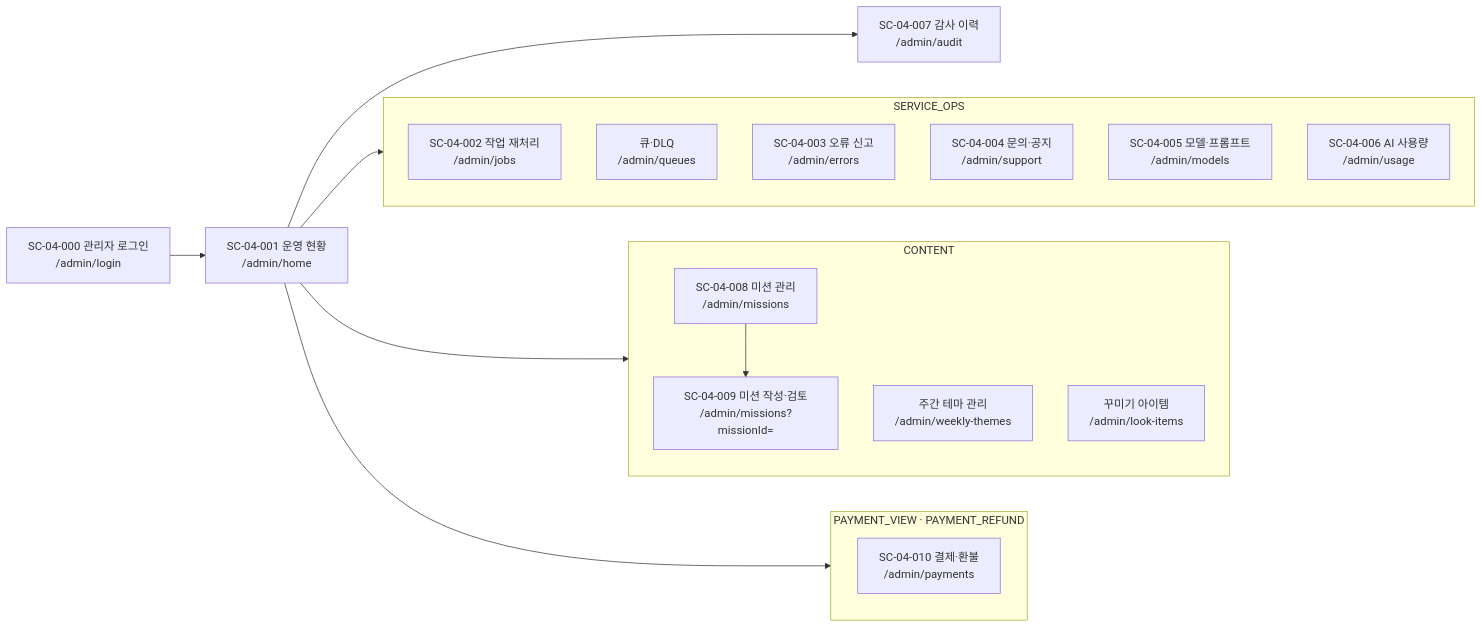
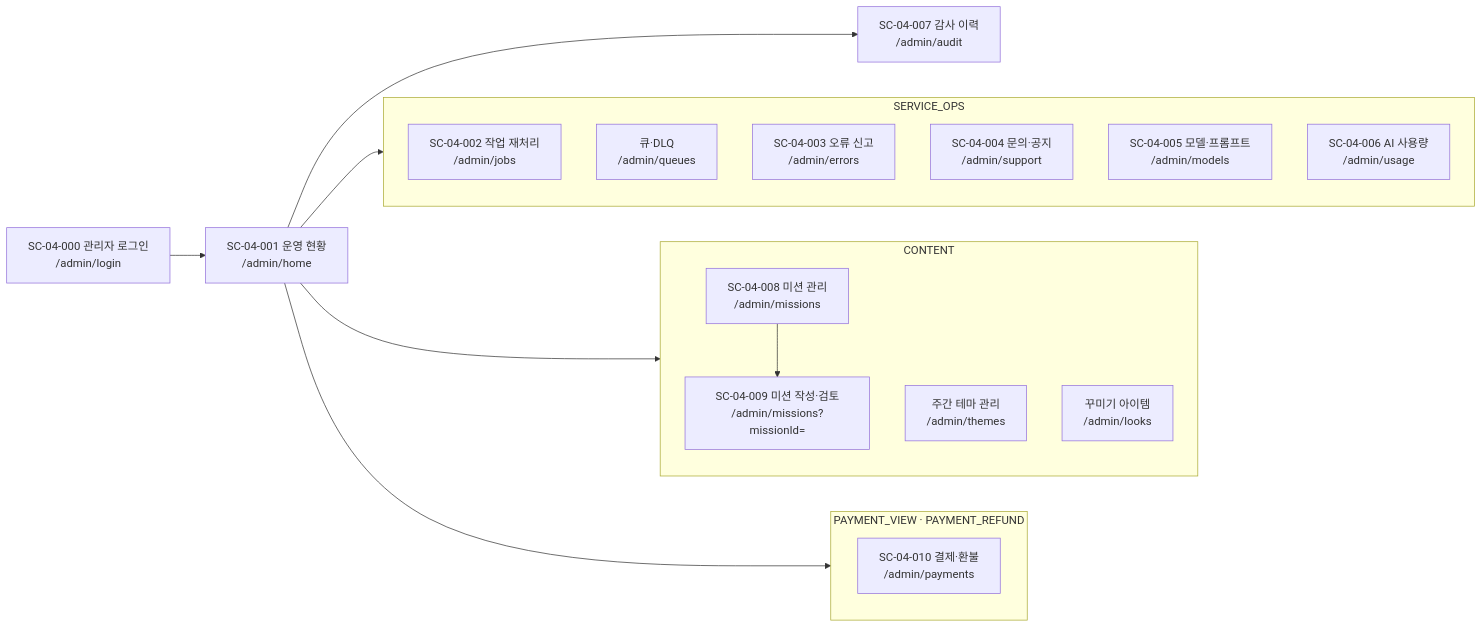
Before and after one commit to SKNETWORKS-FAMILY-AICAMP/SKN34-FINAL-3TEAM: the fourth of 12 diagrams in docs/design/user-flow.md, drawn with Mermaid. The commit also changed other lines of this file and 24 other files, not shown here.

First line of the commit message:
docs: 구현 완료 기능 상태 표기·ERD 버전·색인 갱신 (#420)

````diff
--- a/docs/design/user-flow.md
+++ b/docs/design/user-flow.md
@@ -156,26 +156,26 @@
 ```mermaid
 flowchart LR
   AL["SC-04-000 관리자 로그인<br/>/admin/login"] --> AH["SC-04-001 운영 현황<br/>/admin/home"]
   AH --> AU["SC-04-007 감사 이력<br/>/admin/audit"]
 
   subgraph OPS["SERVICE_OPS"]
     J["SC-04-002 작업 재처리<br/>/admin/jobs"]
     QD["큐·DLQ<br/>/admin/queues"]
     ER["SC-04-003 오류 신고<br/>/admin/errors"]
     SP["SC-04-004 문의·공지<br/>/admin/support"]
     MD["SC-04-005 모델·프롬프트<br/>/admin/models"]
     US["SC-04-006 AI 사용량<br/>/admin/usage"]
   end
   subgraph CON["CONTENT"]
     MI["SC-04-008 미션 관리<br/>/admin/missions"] --> ME["SC-04-009 미션 작성·검토<br/>/admin/missions?missionId="]
-    WT["주간 테마 관리<br/>/admin/weekly-themes"]
-    LI["꾸미기 아이템<br/>/admin/look-items"]
+    WT["주간 테마 관리<br/>/admin/themes"]
+    LI["꾸미기 아이템<br/>/admin/looks"]
   end
   subgraph PAY["PAYMENT_VIEW · PAYMENT_REFUND"]
     PM["SC-04-010 결제·환불<br/>/admin/payments"]
   end
 
   AH --> OPS
   AH --> CON
   AH --> PAY
 ```
````
